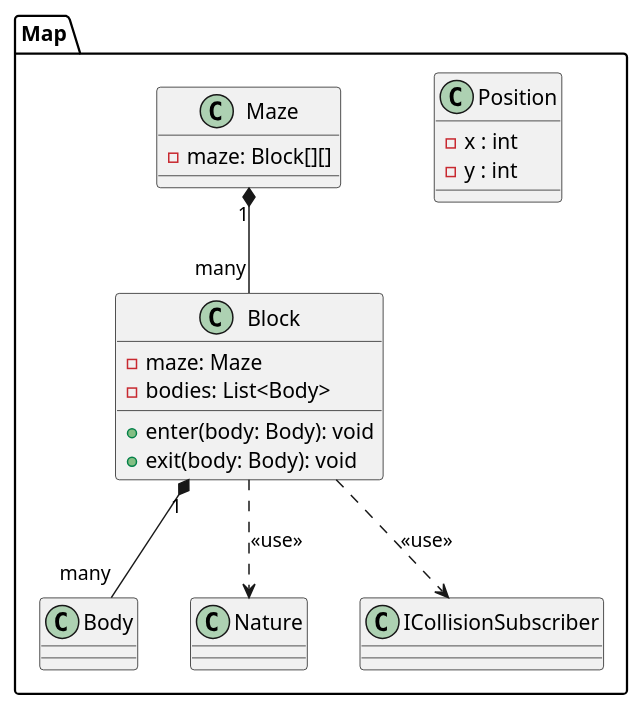
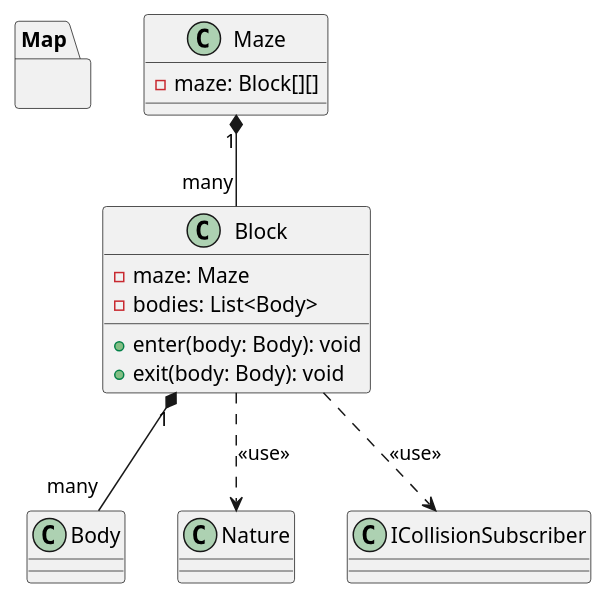
The diagram in games/pac-man/maze.puml (Pending-Name-21/arquitecture), drawn with PlantUML before and after one commit. The commit also changed 1 other file, not shown here.

Commit message:
chore: moved Position class to Characters
- It's only ACharacter that has a position on the map because it moves,
  meanwhile a Collectable is bound to stay in a block.

```diff
--- a/games/pac-man/maze.puml
+++ b/games/pac-man/maze.puml
@@ -1,27 +1,24 @@
 @startuml
 package Map {
-  class Position {
-   - x : int
-   - y : int
   }
 
   /'
     A collision is when a body enters a block that already has other bodies.
     A block can have 0 or more bodies
   '/
   class Block {
    - maze: Maze
    - bodies: List<Body>
    + enter(body: Body): void
    + exit(body: Body): void
   }
   Block "1" *-- "many" Body
   Block ..> Nature: <<use>>
   Block ..> ICollisionSubscriber: <<use>>
 
   class Maze {
    - maze: Block[][]
   }
   Maze "1" *-- "many" Block
 }
 @enduml
```
